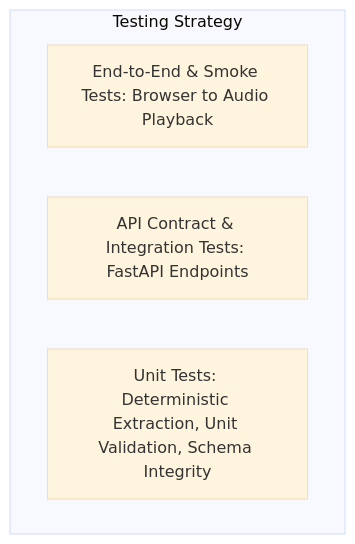
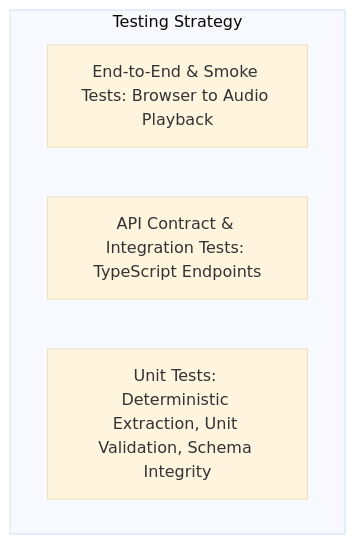
The diagram in docs/testing.md (Eliphaz21/Lisan_Health), drawn with Mermaid (base theme) before and after one commit. The commit also changed other lines of this file and 41 other files, not shown here.

````diff
--- a/docs/testing.md
+++ b/docs/testing.md
@@ -10,8 +10,8 @@
 ```mermaid
 graph TD
     subgraph Pyramid [Testing Strategy]
         E2E[End-to-End & Smoke Tests: Browser to Audio Playback]
-        API[API Contract & Integration Tests: FastAPI Endpoints]
+        API[API Contract & Integration Tests: TypeScript Endpoints]
         Unit[Unit Tests: Deterministic Extraction, Unit Validation, Schema Integrity]
     end
 ```
````
